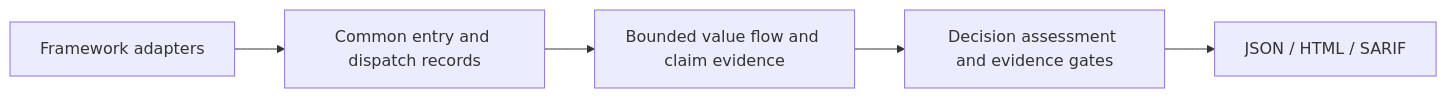
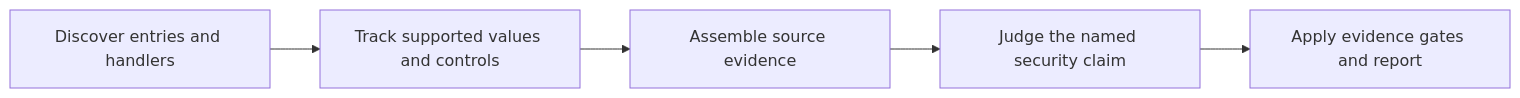
Before and after one commit to zazzcode/scan: the second of 2 diagrams in README.md, drawn with Mermaid. The commit also changed other lines of this file and 7 other files, not shown here.

````diff
--- a/README.md
+++ b/README.md
@@ -52,7 +125,7 @@
 ```mermaid
 flowchart LR
-    A[Framework adapters] --> B[Common entry and dispatch records]
-    B --> C[Bounded value flow and claim evidence]
-    C --> D[Decision assessment and evidence gates]
-    D --> E[JSON / HTML / SARIF]
+    A[Discover entries and handlers] --> B[Track supported values and controls]
+    B --> C[Assemble source evidence]
+    C --> D[Judge the named security claim]
+    D --> E[Apply evidence gates and report]
 ```
````
